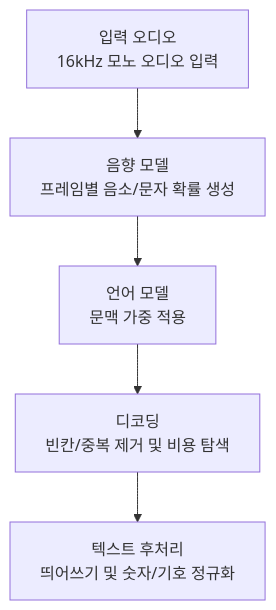
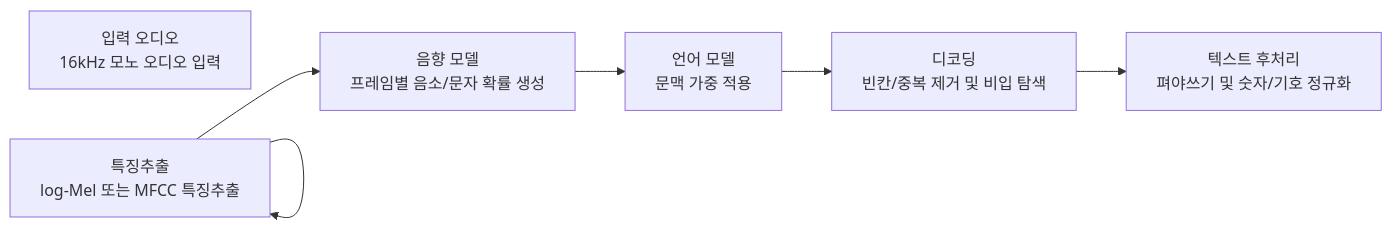
Before and after one commit to simpleego/AI_Perso: the diagram in 2) 음성 데이터 TTS와 STT 음성 모델 개발/source/code01.md, drawn with Mermaid. The commit also changed other lines of this file, not shown here.

````diff
--- a/2) 음성 데이터 TTS와 STT 음성 모델 개발/source/code01.md
+++ b/2) 음성 데이터 TTS와 STT 음성 모델 개발/source/code01.md
@@ -4,8 +3,9 @@
 ```mermaid
-
-graph TD
-    A[입력 오디오<br/>16kHz 모노 오디오 입력] --> B[음향 모델<br/>프레임별 음소/문자 확률 생성]
-    B --> C[언어 모델<br/>문맥 가중 적용]
-    C --> D[디코딩<br/>빈칸/중복 제거 및 비용 탐색]
-    D --> E[텍스트 후처리<br/>띄어쓰기 및 숫자/기호 정규화]
+graph LR
+    A["입력 오디오<br/>16kHz 모노 오디오 입력"] 
+    B --> B["특징추출<br/>log-Mel 또는 MFCC 특징추출"]
+    B --> C["음향 모델<br/>프레임별 음소/문자 확률 생성"]
+    C --> D["언어 모델<br/>문맥 가중 적용"]
+    D --> E["디코딩<br/>빈칸/중복 제거 및 비입 탐색"]
+    E --> F["텍스트 후처리<br/>펴야쓰기 및 숫자/기호 정규화"]
 ```
````
